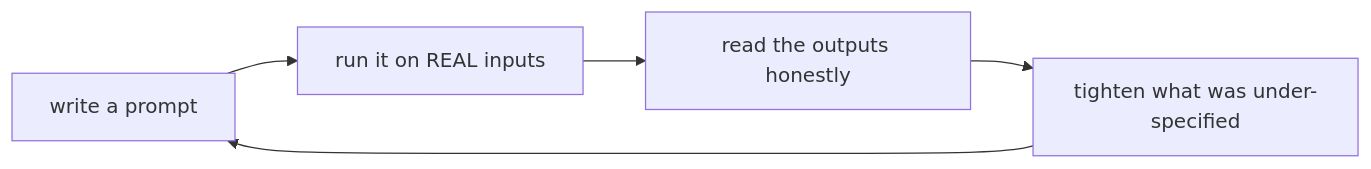
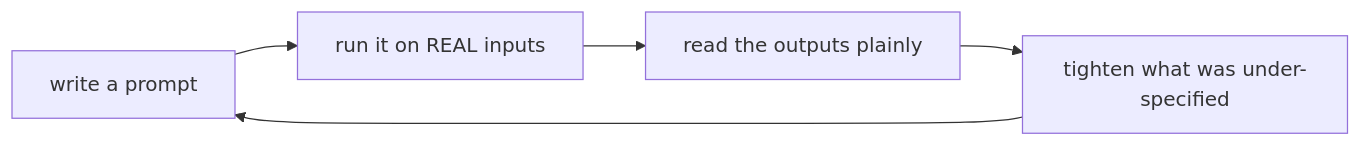
One commit to Topurrra/themissingmanual changed the diagram in guides/ai-ml/prompt-engineering-honestly/03-honest-limits.md. Above: the diagram before and after it, drawn with Mermaid. The commit also changed other lines of this file and 1009 other files, not shown here.

````diff
--- a/guides/ai-ml/prompt-engineering-honestly/03-honest-limits.md
+++ b/guides/ai-ml/prompt-engineering-honestly/03-honest-limits.md
@@ -51,6 +51,6 @@
 ```mermaid
 flowchart LR
-  W[write a prompt] --> R[run it on REAL inputs] --> O[read the outputs honestly]
+  W[write a prompt] --> R[run it on REAL inputs] --> O[read the outputs plainly]
   O --> T[tighten what was under-specified]
   T --> W
 ```
````
